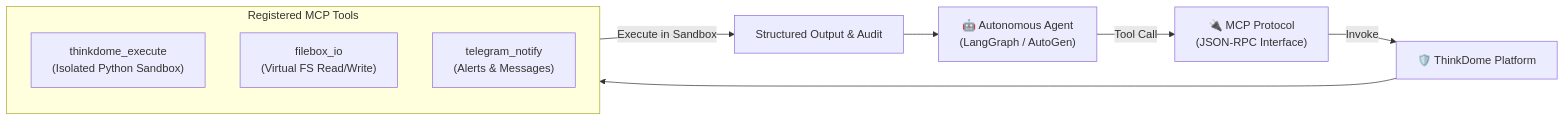
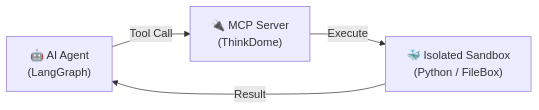
One commit to abeldirectory252/ThinkDome changed the third of 3 diagrams in README.md. Above: the diagram before and after it, drawn with Mermaid. The commit also changed other lines of this file, not shown here.

Commit message:
docs: simplify README mermaid diagrams to clean horizontal flowcharts

````diff
--- a/README.md
+++ b/README.md
@@ -139,18 +61,6 @@
 ```mermaid
 flowchart LR
-    Agent["🤖 Autonomous Agent<br/>(LangGraph / AutoGen)"]
-    MCP["🔌 MCP Protocol<br/>(JSON-RPC Interface)"]
-    ThinkDome["🛡️ ThinkDome Platform"]
-    
-    subgraph Tools["Registered MCP Tools"]
-        T1["thinkdome_execute<br/>(Isolated Python Sandbox)"]
-        T2["filebox_io<br/>(Virtual FS Read/Write)"]
-        T3["telegram_notify<br/>(Alerts & Messages)"]
-    end
-    
-    Agent -->|Tool Call| MCP
-    MCP -->|Invoke| ThinkDome
-    ThinkDome --> Tools
-    Tools -->|Execute in Sandbox| Result["Structured Output & Audit"]
-    Result --> Agent
+    Agent["🤖 AI Agent\n(LangGraph)"] -->|Tool Call| MCP["🔌 MCP Server\n(ThinkDome)"]
+    MCP -->|Execute| Sandbox["🐳 Isolated Sandbox\n(Python / FileBox)"]
+    Sandbox -->|Result| Agent
 ```
````
